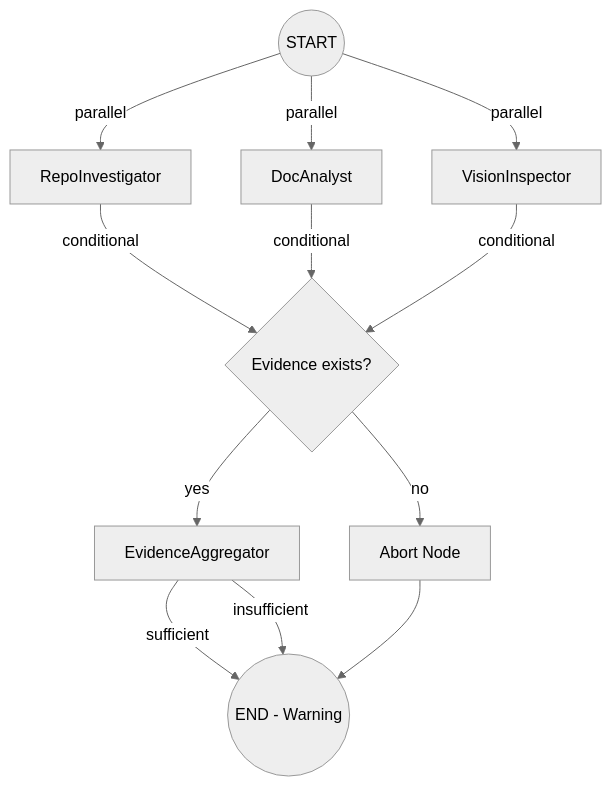
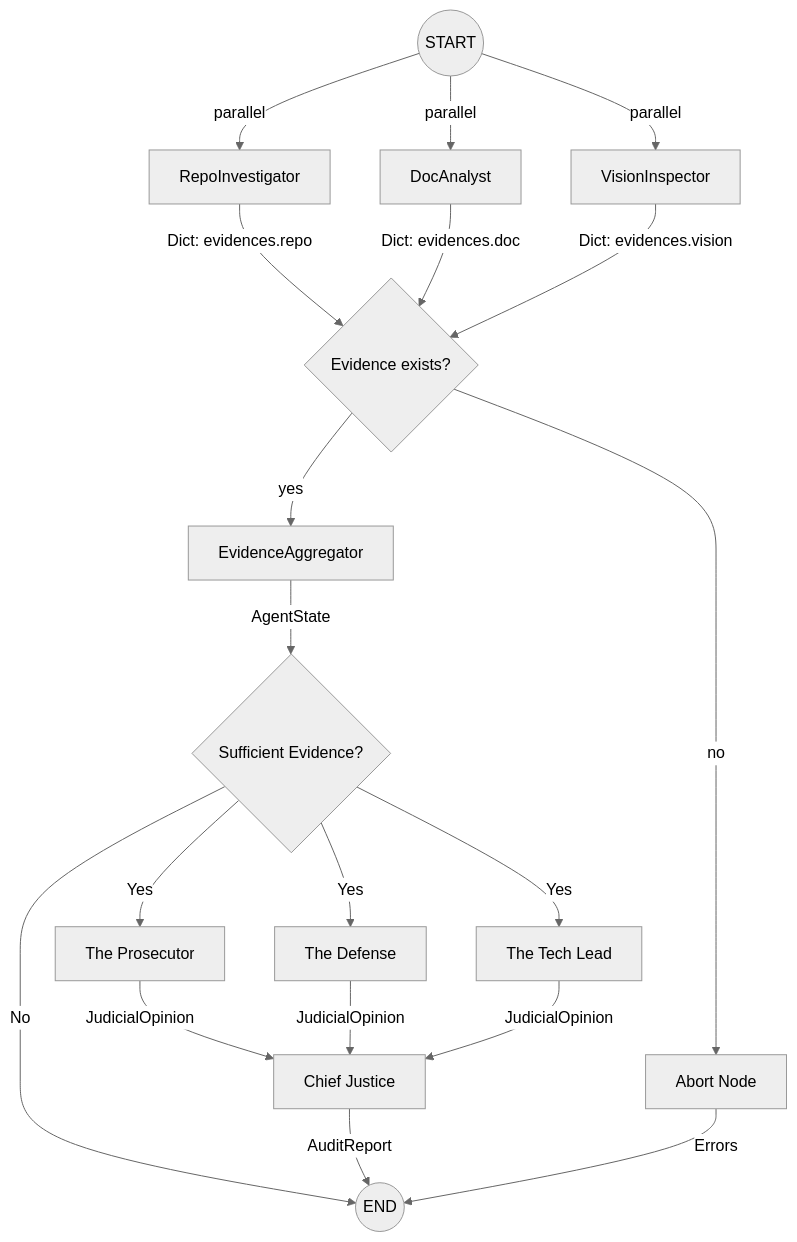
The diagram in reports/interim_report.md (Mistire/automaton-auditor), drawn with Mermaid (neutral theme) before and after one commit. The commit also changed other lines of this file, not shown here.

Commit message:
chore: Update the interim submission report

````diff
--- a/reports/interim_report.md
+++ b/reports/interim_report.md
@@ -49,17 +49,29 @@
 ```mermaid
 graph TD
     START((START)) -->|parallel| RI[RepoInvestigator]
     START -->|parallel| DA[DocAnalyst]
     START -->|parallel| VI[VisionInspector]
 
-    RI -->|conditional| CHECK{Evidence exists?}
-    DA -->|conditional| CHECK
-    VI -->|conditional| CHECK
+    %% Detective Layer (Current)
+    RI -->|Dict: evidences.repo| CHECK{Evidence exists?}
+    DA -->|Dict: evidences.doc| CHECK
+    VI -->|Dict: evidences.vision| CHECK
 
     CHECK -->|yes| AGG[EvidenceAggregator]
     CHECK -->|no| ABORT[Abort Node]
 
-    AGG -->|sufficient| END((END))
-    AGG -->|insufficient| END((END - Warning))
-    ABORT --> END
+    AGG -->|AgentState| J_SPLIT{Sufficient Evidence?}
+
+    %% Judicial Layer (Planned)
+    J_SPLIT -->|Yes| PROS[The Prosecutor]
+    J_SPLIT -->|Yes| DEF[The Defense]
+    J_SPLIT -->|Yes| TECH[The Tech Lead]
+    J_SPLIT -->|No| END((END - Warning))
+
+    PROS -->|JudicialOpinion| CJ[Chief Justice]
+    DEF -->|JudicialOpinion| CJ
+    TECH -->|JudicialOpinion| CJ
+
+    CJ -->|AuditReport| END((END))
+    ABORT -->|Errors| END
 ```
````
